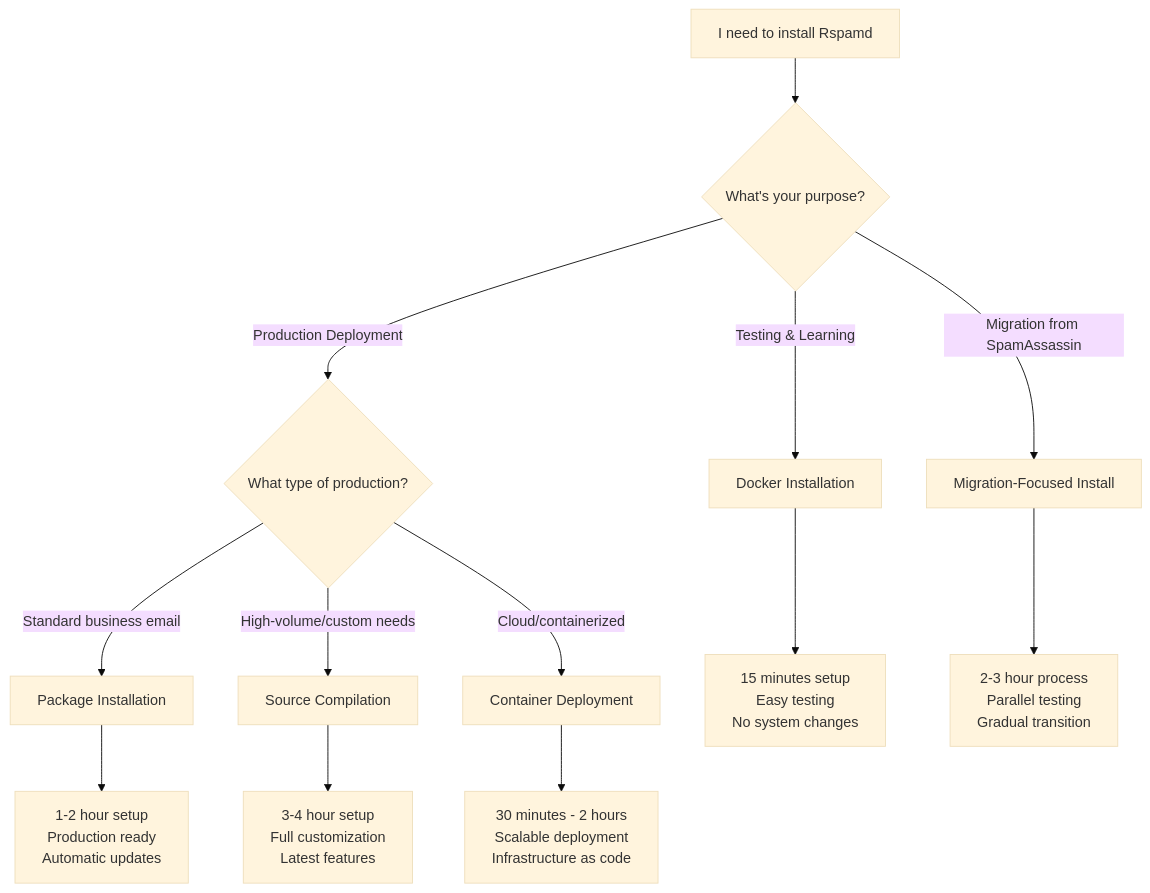
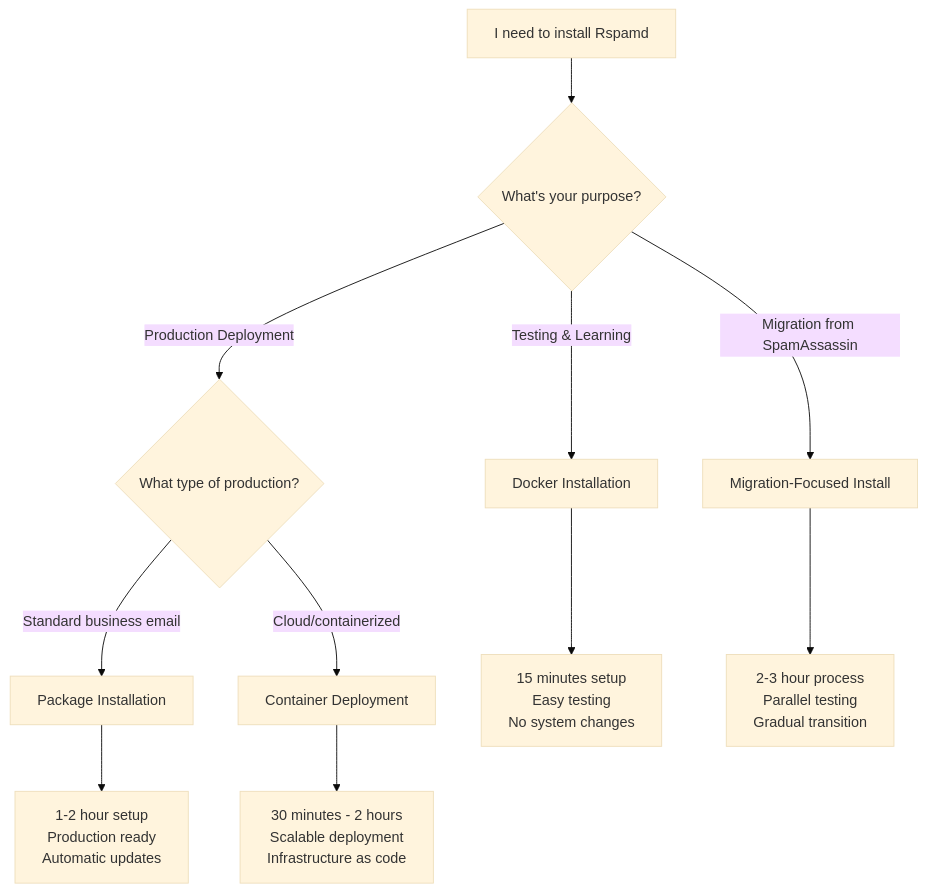
The diagram in docs/getting-started/installation.md (rspamd/docs.rspamd.com), drawn with Mermaid (base theme) before and after one commit. The commit also changed other lines of this file, not shown here.

First line of the commit message:
Enhance installation.md with production guidance and remove source build

````diff
--- a/docs/getting-started/installation.md
+++ b/docs/getting-started/installation.md
@@ -14,18 +14,16 @@
 ```mermaid
 flowchart TD
     Start[I need to install Rspamd] --> Purpose{What's your purpose?}
-    
+
     Purpose -->|Testing & Learning| Docker[Docker Installation]
     Purpose -->|Production Deployment| ProdType{What type of production?}
     Purpose -->|Migration from SpamAssassin| Migration[Migration-Focused Install]
-    
+
     ProdType -->|Standard business email| Package[Package Installation]
-    ProdType -->|High-volume/custom needs| Source[Source Compilation]
     ProdType -->|Cloud/containerized| Container[Container Deployment]
-    
+
     Docker --> DockerSteps[15 minutes setup<br/>Easy testing<br/>No system changes]
     Package --> PackageSteps[1-2 hour setup<br/>Production ready<br/>Automatic updates]
-    Source --> SourceSteps[3-4 hour setup<br/>Full customization<br/>Latest features]
     Container --> ContainerSteps[30 minutes - 2 hours<br/>Scalable deployment<br/>Infrastructure as code]
     Migration --> MigrationSteps[2-3 hour process<br/>Parallel testing<br/>Gradual transition]
 ```
````
